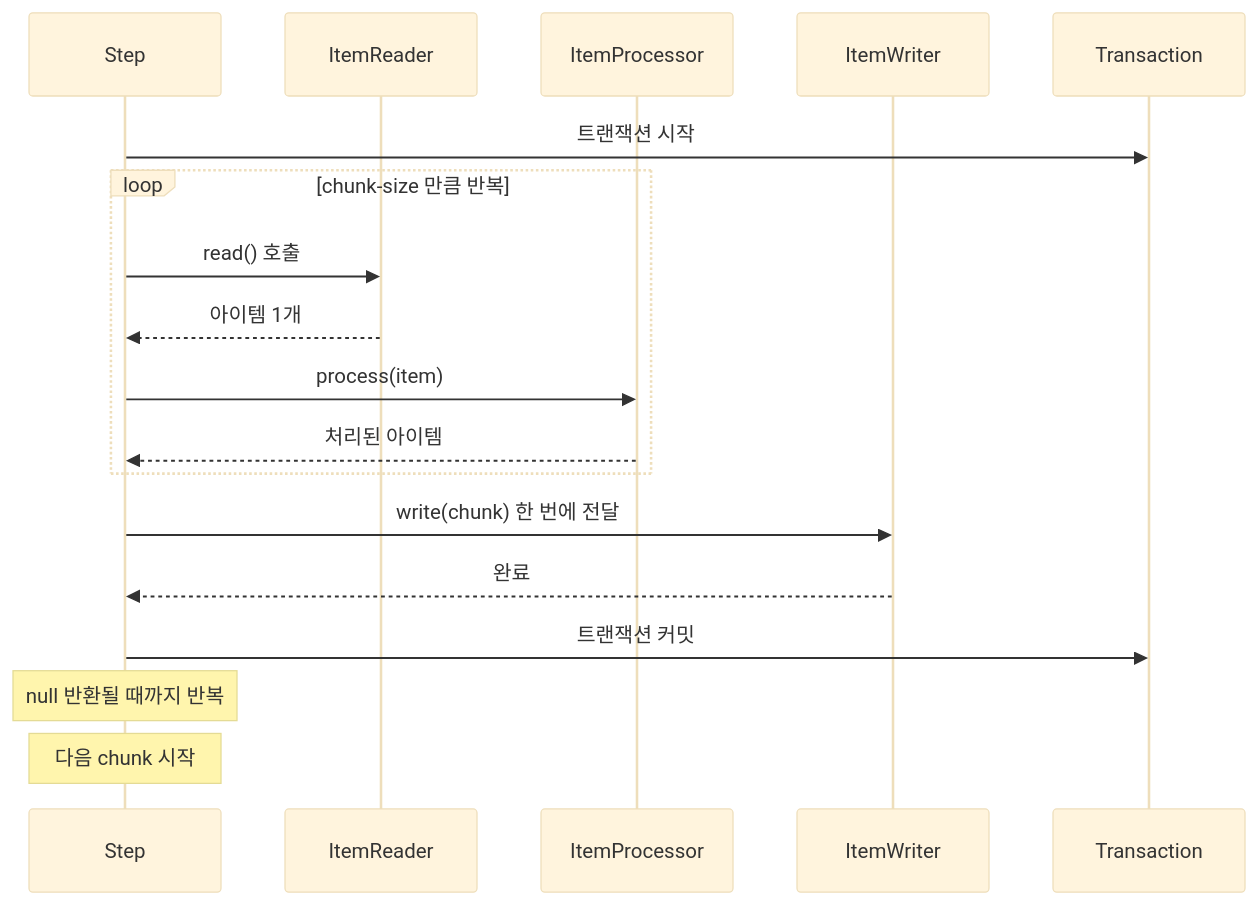
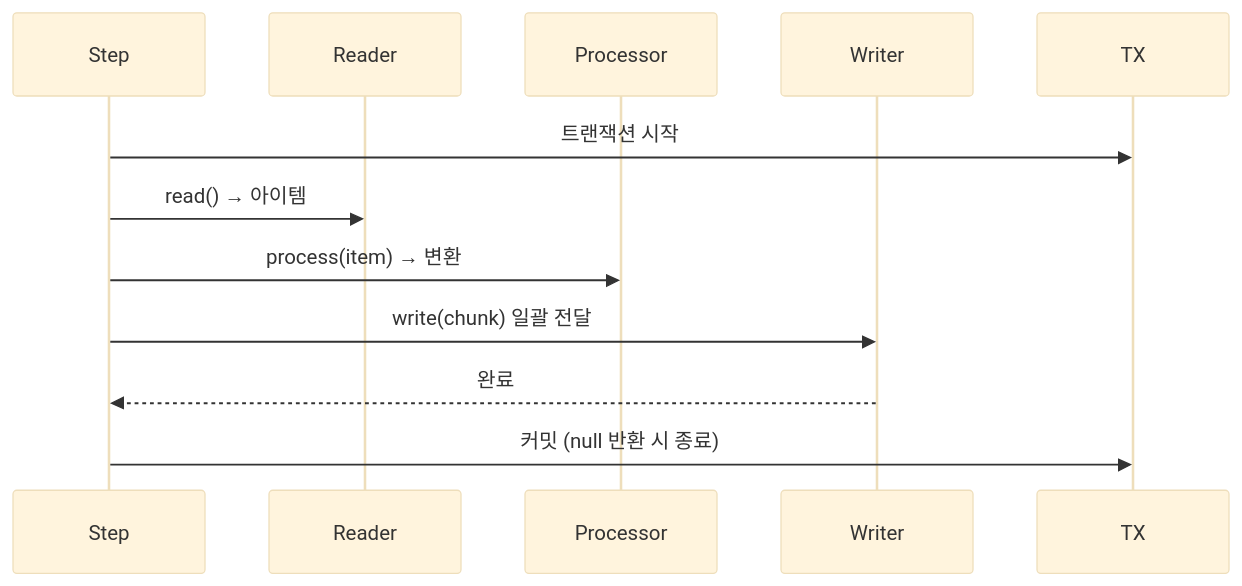
Before and after one commit to yjkim2015/yjkim2015.github.io: the fourth of 6 diagrams in _posts/spring/2026-05-02-spring-batch-deep.md, drawn with Mermaid (base theme). The commit also changed other lines of this file and 215 other files, not shown here.

First line of the commit message:
신규 포스트 10개 추가 + Mermaid 전면 축소 + SystemDesign 시리즈 보강

````diff
--- a/_posts/spring/2026-05-02-spring-batch-deep.md
+++ b/_posts/spring/2026-05-02-spring-batch-deep.md
@@ -129,22 +98,14 @@
 ```mermaid
 sequenceDiagram
     participant S as Step
-    participant R as ItemReader
-    participant P as ItemProcessor
-    participant W as ItemWriter
-    participant TX as Transaction
-
+    participant R as Reader
+    participant P as Processor
+    participant W as Writer
+    participant TX as TX
     S->>TX: 트랜잭션 시작
-    loop chunk-size 만큼 반복
-        S->>R: read() 호출
-        R-->>S: 아이템 1개
-        S->>P: process(item)
-        P-->>S: 처리된 아이템
-    end
-    S->>W: write(chunk) 한 번에 전달
+    S->>R: read() → 아이템
+    S->>P: process(item) → 변환
+    S->>W: write(chunk) 일괄 전달
     W-->>S: 완료
-    S->>TX: 트랜잭션 커밋
-
-    Note over S: null 반환될 때까지 반복
-    Note over S: 다음 chunk 시작
+    S->>TX: 커밋 (null 반환 시 종료)
 ```
````
